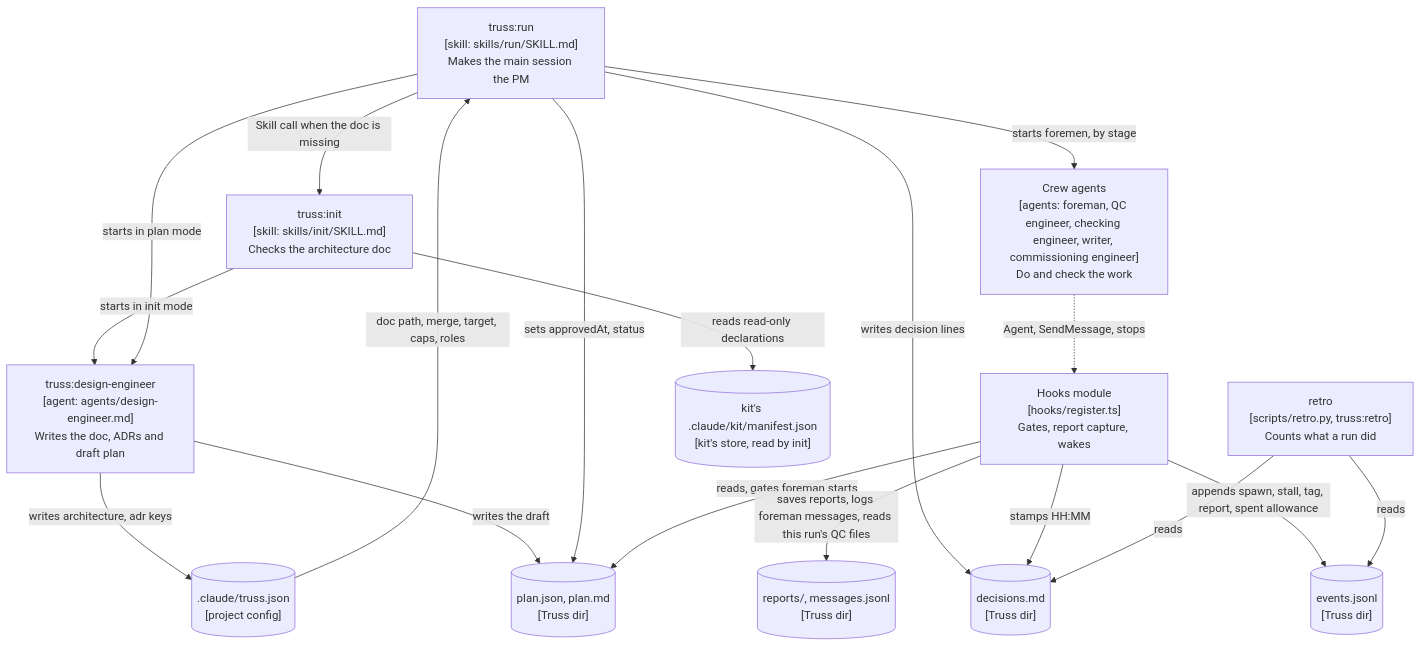
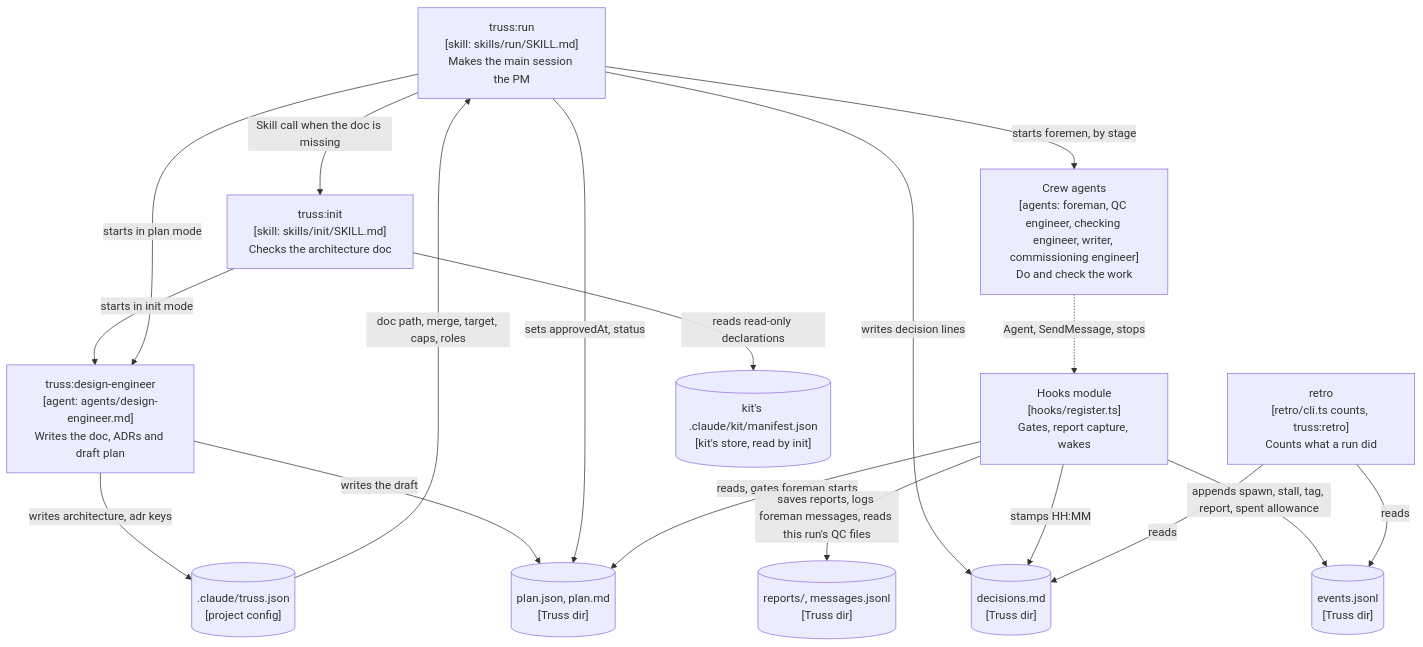
The first of 23 diagrams in plugins/truss/docs/architecture.md (AbhiramDwivedi/truss), drawn with Mermaid before and after one commit. The commit also changed other lines of this file and 34 other files, not shown here.

First line of the commit message:
feat(retro): port the retro counts to Node (retro/cli.ts counts); delete retro.py and its Python tests

````diff
--- a/plugins/truss/docs/architecture.md
+++ b/plugins/truss/docs/architecture.md
@@ -37,33 +37,33 @@
 ```mermaid
 flowchart TB
   run["truss:run<br/>[skill: skills/run/SKILL.md]<br/>Makes the main session the PM"]
   init["truss:init<br/>[skill: skills/init/SKILL.md]<br/>Checks the architecture doc"]
   arch["truss:design-engineer<br/>[agent: agents/design-engineer.md]<br/>Writes the doc, ADRs and draft plan"]
   crew["Crew agents<br/>[agents: foreman, QC engineer, checking engineer, writer, commissioning engineer]<br/>Do and check the work"]
   hooks["Hooks module<br/>[hooks/register.ts]<br/>Gates, report capture, wakes"]
-  retro["retro<br/>[scripts/retro.py, truss:retro]<br/>Counts what a run did"]
+  retro["retro<br/>[retro/cli.ts counts, truss:retro]<br/>Counts what a run did"]
   fjson[(".claude/truss.json<br/>[project config]")]
   kitman[("kit's .claude/kit/manifest.json<br/>[kit's store, read by init]")]
   plan[("plan.json, plan.md<br/>[Truss dir]")]
   dec[("decisions.md<br/>[Truss dir]")]
   events[("events.jsonl<br/>[Truss dir]")]
   reports[("reports/, messages.jsonl<br/>[Truss dir]")]
 
   run -->|"Skill call when the doc is missing"| init
   init -->|"reads read-only declarations"| kitman
   init -->|"starts in init mode"| arch
   arch -->|"writes architecture, adr keys"| fjson
   fjson -->|"doc path, merge, target, caps, roles"| run
   run -->|"starts in plan mode"| arch
   arch -->|"writes the draft"| plan
   run -->|"sets approvedAt, status"| plan
   run -->|"starts foremen, by stage"| crew
   run -->|"writes decision lines"| dec
   crew -.->|"Agent, SendMessage, stops"| hooks
   hooks -->|"reads, gates foreman starts"| plan
   hooks -->|"saves reports, logs foreman messages, reads this run's QC files"| reports
   hooks -->|"stamps HH:MM"| dec
   hooks -->|"appends spawn, stall, tag, report, spent allowance"| events
   retro -->|"reads"| events
   retro -->|"reads"| dec
 ```
````
